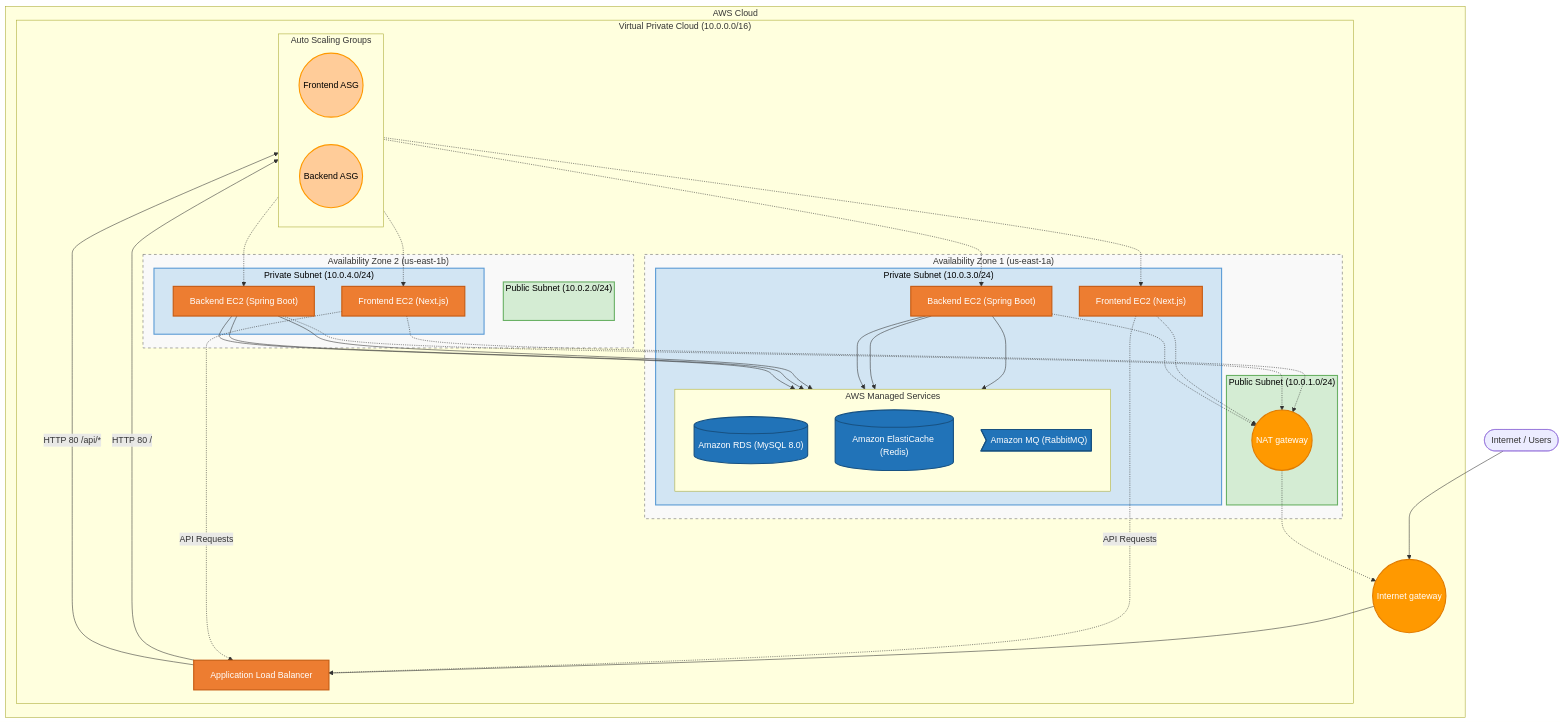
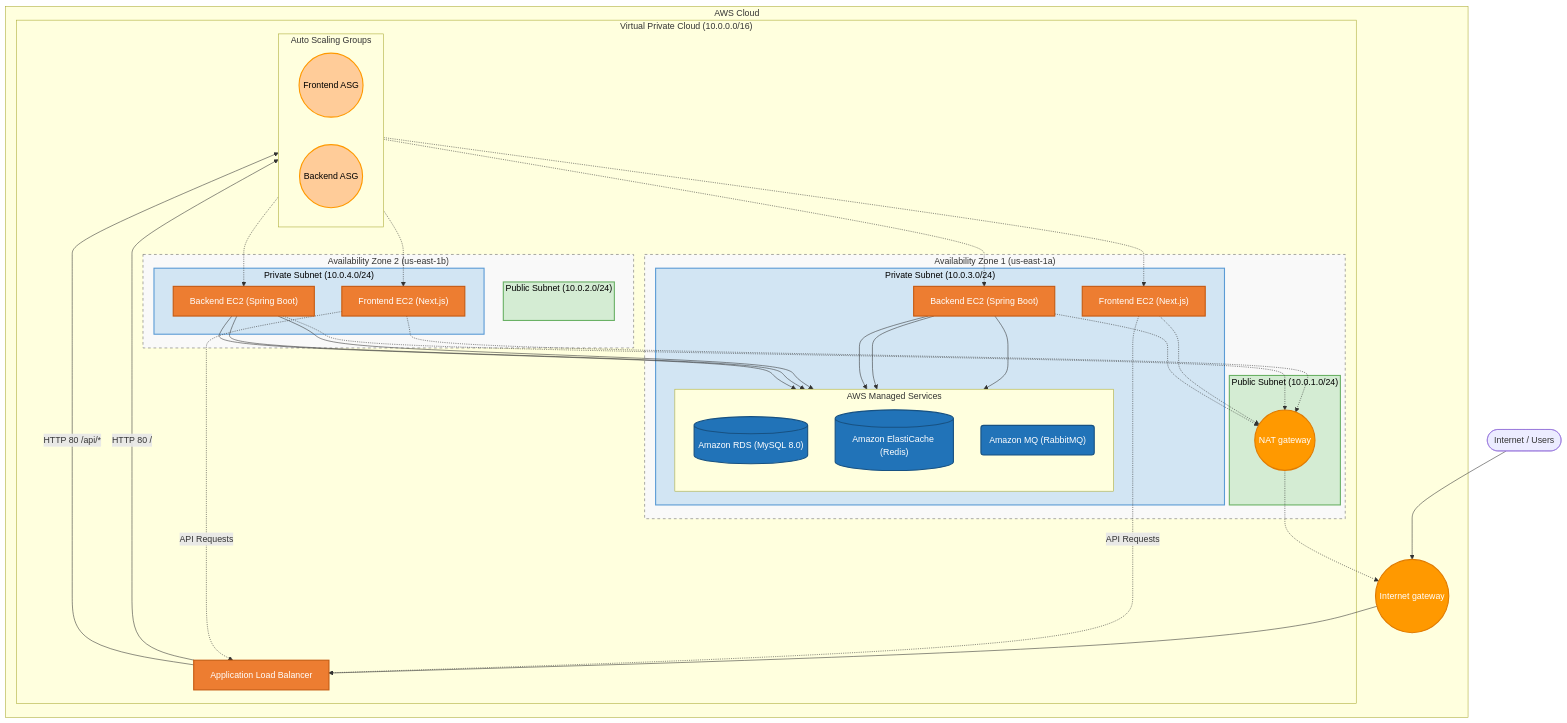
The diagram in README.md (mkdevops89/amazon-clone-devops), drawn with Mermaid before and after one commit.

Commit message:
Docs: Change MQ node shape to standard brackets

```diff
--- a/README.md
+++ b/README.md
@@ -49,7 +49,7 @@
                         direction TB
                         RDS[("Amazon RDS (MySQL 8.0)")]
                         ElastiCache[("Amazon ElastiCache (Redis)")]
-                        AmazonMQ>"Amazon MQ (RabbitMQ)"]
+                        AmazonMQ("Amazon MQ (RabbitMQ)")
                     end
                 end
             end
```
